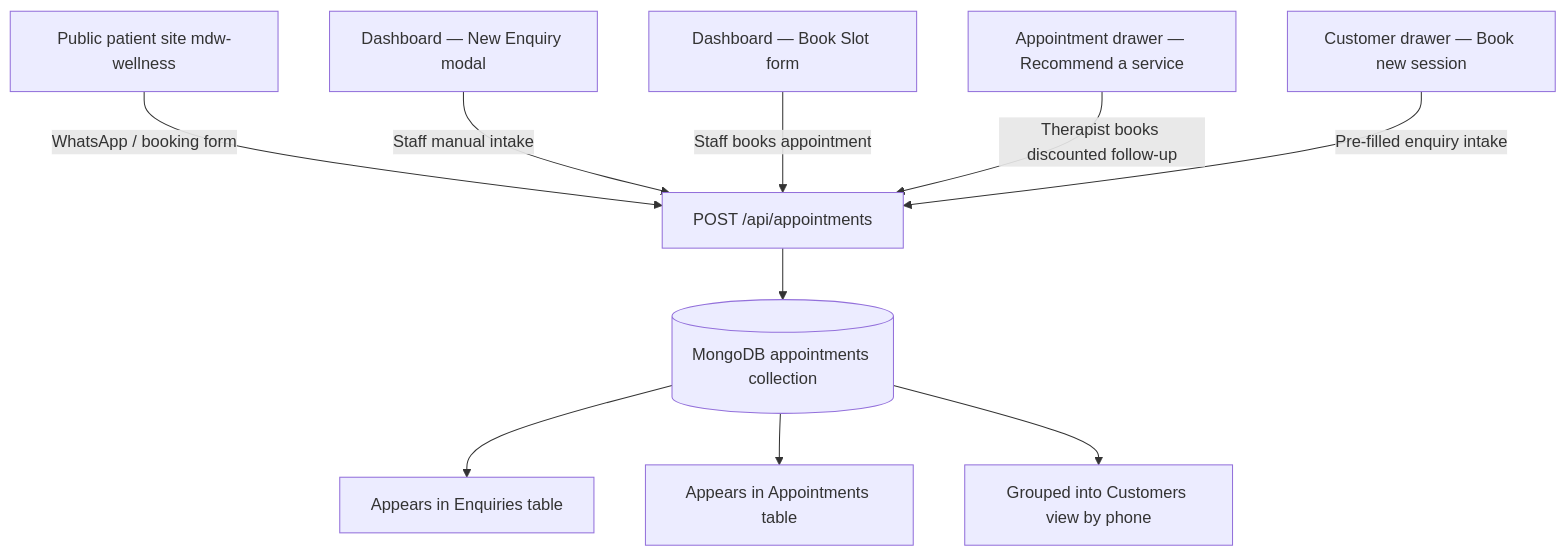
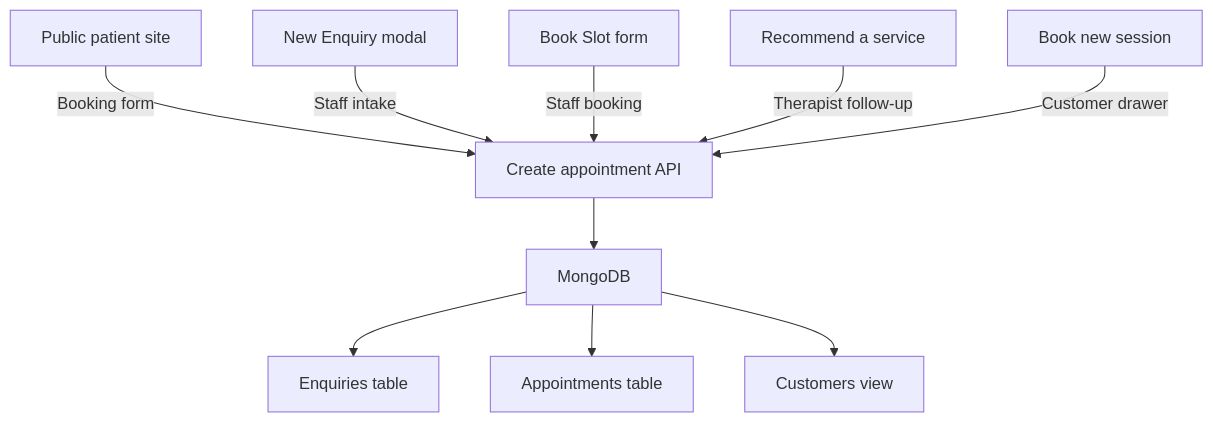
The fourth of 12 diagrams in docs/dashboard-flowchart.md (mdwwellness/wellness-dashboard), drawn with Mermaid before and after one commit. The commit also changed other lines of this file, not shown here.

Commit message:
fix(docs): GitHub-safe Mermaid syntax for dashboard flowcharts

````diff
--- a/docs/dashboard-flowchart.md
+++ b/docs/dashboard-flowchart.md
@@ -87,12 +91,12 @@
 ```mermaid
-flowchart TD
-    S1[Public patient site mdw-wellness] -->|WhatsApp / booking form| BE[POST /api/appointments]
-    S2[Dashboard — New Enquiry modal] -->|Staff manual intake| BE
-    S3[Dashboard — Book Slot form] -->|Staff books appointment| BE
-    S4[Appointment drawer — Recommend a service] -->|Therapist books discounted follow-up| BE
-    S5[Customer drawer — Book new session] -->|Pre-filled enquiry intake| BE
-    BE --> DB[(MongoDB appointments collection)]
-    DB --> ENQ[Appears in Enquiries table]
-    DB --> APPT[Appears in Appointments table]
-    DB --> CUST[Grouped into Customers view by phone]
+graph TD
+    S1["Public patient site"] -->|"Booking form"| BE["Create appointment API"]
+    S2["New Enquiry modal"] -->|"Staff intake"| BE
+    S3["Book Slot form"] -->|"Staff booking"| BE
+    S4["Recommend a service"] -->|"Therapist follow-up"| BE
+    S5["Book new session"] -->|"Customer drawer"| BE
+    BE --> DB["MongoDB"]
+    DB --> ENQ["Enquiries table"]
+    DB --> APPT["Appointments table"]
+    DB --> CUST["Customers view"]
 ```
````
